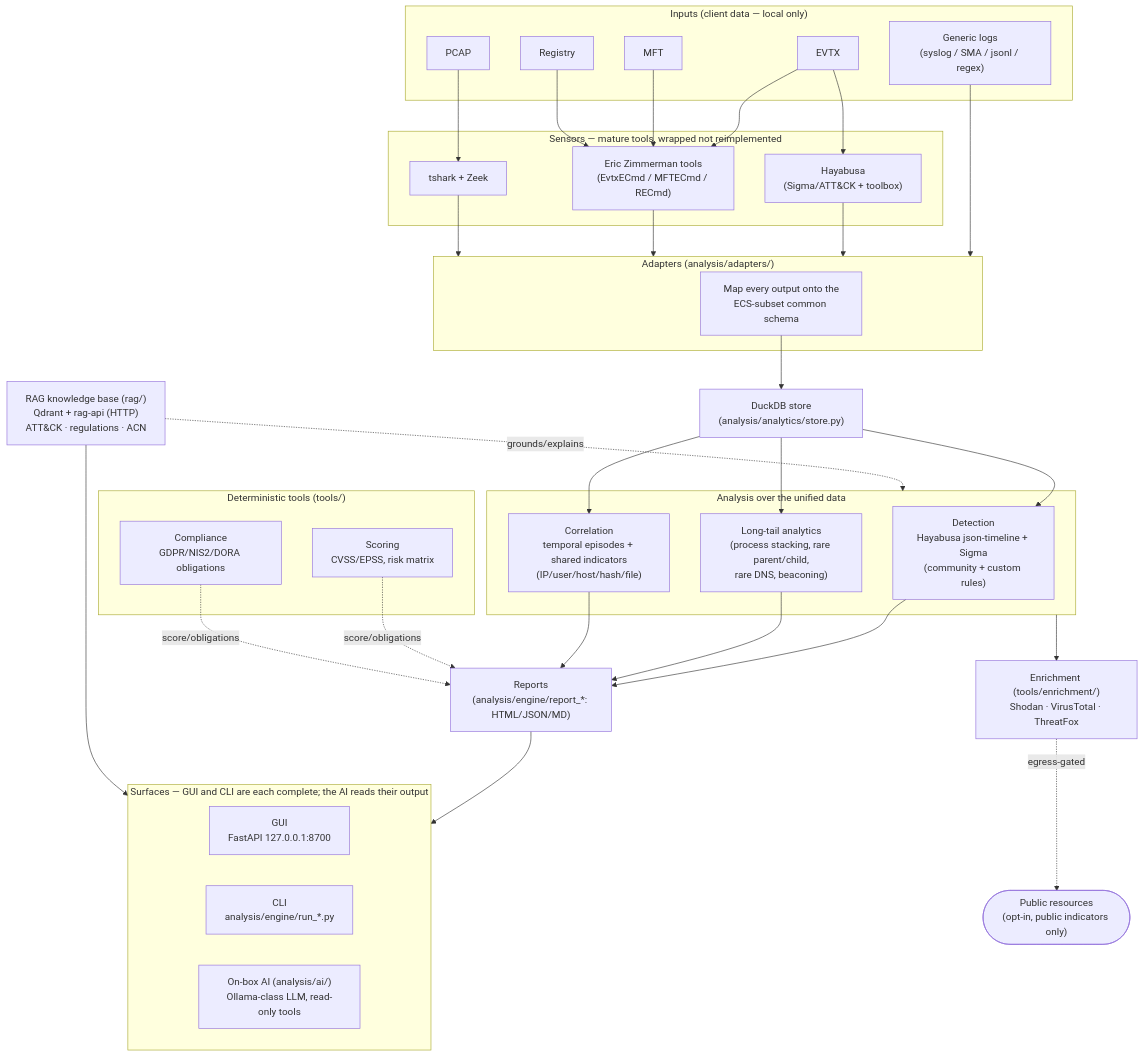
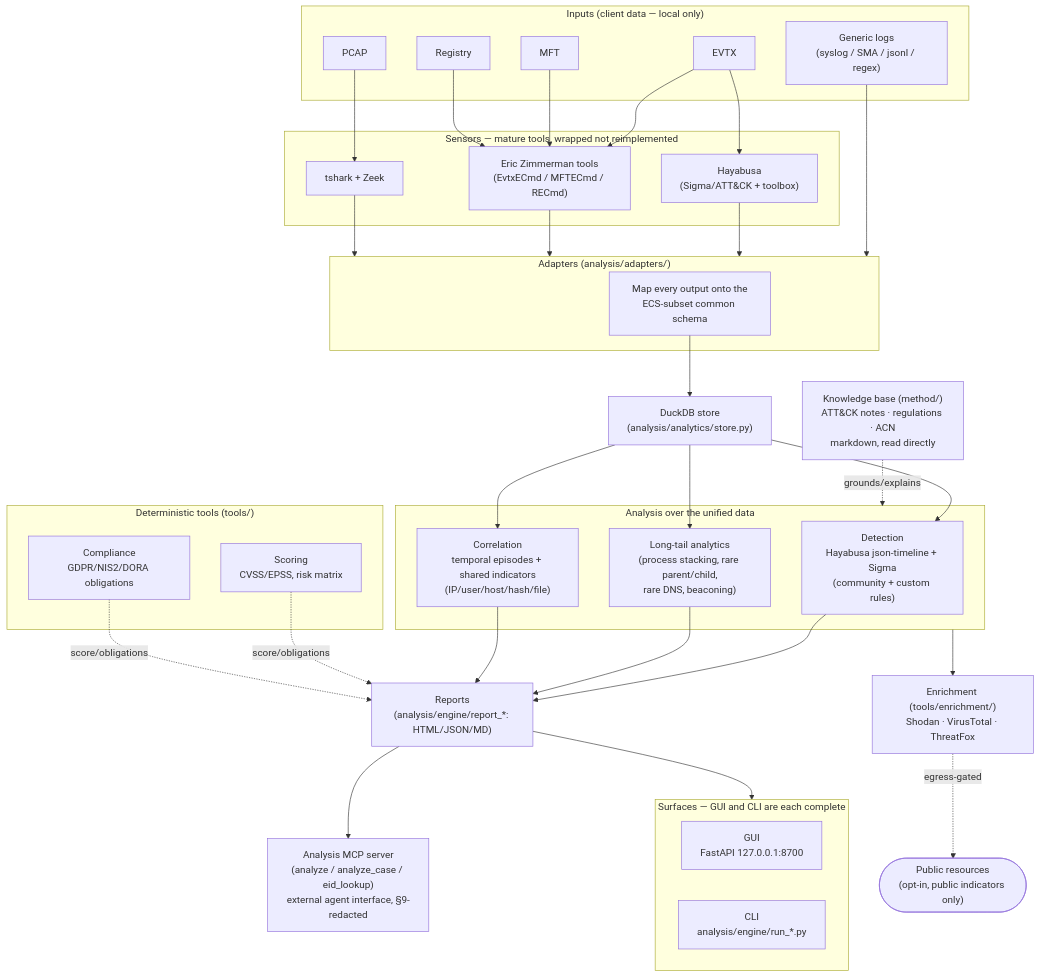
Before and after one commit to Stinocon/EventHound-Blue: the diagram in docs/architecture.md, drawn with Mermaid. The commit also changed other lines of this file and 39 other files, not shown here.

Commit message:
docs: sync the RAG/LLM removal and document the MCP server

````diff
--- a/docs/architecture.md
+++ b/docs/architecture.md
@@ -27,64 +28,65 @@
 ```mermaid
 flowchart TB
     subgraph inputs["Inputs (client data — local only)"]
         evtx["EVTX"]
         pcap["PCAP"]
         logs["Generic logs<br/>(syslog / SMA / jsonl / regex)"]
         mft["MFT"]
         reg["Registry"]
     end
 
     subgraph sensors["Sensors — mature tools, wrapped not reimplemented"]
         hay["Hayabusa<br/>(Sigma/ATT&amp;CK + toolbox)"]
         ez["Eric Zimmerman tools<br/>(EvtxECmd / MFTECmd / RECmd)"]
         net["tshark + Zeek"]
     end
 
     subgraph adapters["Adapters (analysis/adapters/)"]
         adp["Map every output onto the<br/>ECS-subset common schema"]
     end
 
     store["DuckDB store<br/>(analysis/analytics/store.py)"]
 
     subgraph brain["Analysis over the unified data"]
         detect["Detection<br/>Hayabusa json-timeline + Sigma<br/>(community + custom rules)"]
         longtail["Long-tail analytics<br/>(process stacking, rare parent/child,<br/>rare DNS, beaconing)"]
         corr["Correlation<br/>temporal episodes + shared indicators<br/>(IP/user/host/hash/file)"]
     end
 
     subgraph oracle["Deterministic tools (tools/)"]
         score["Scoring<br/>CVSS/EPSS, risk matrix"]
         comp["Compliance<br/>GDPR/NIS2/DORA obligations"]
     end
 
-    rag["RAG knowledge base (rag/)<br/>Qdrant + rag-api (HTTP)<br/>ATT&amp;CK · regulations · ACN"]
+    knowledge["Knowledge base (method/)<br/>ATT&amp;CK notes · regulations · ACN<br/>markdown, read directly"]
 
     reports["Reports<br/>(analysis/engine/report_*: HTML/JSON/MD)"]
 
-    subgraph surfaces["Surfaces — GUI and CLI are each complete; the AI reads their output"]
+    subgraph surfaces["Surfaces — GUI and CLI are each complete"]
         gui["GUI<br/>FastAPI 127.0.0.1:8700"]
         cli["CLI<br/>analysis/engine/run_*.py"]
-        localai["On-box AI (analysis/ai/)<br/>Ollama-class LLM, read-only tools"]
     end
+
+    mcp["Analysis MCP server<br/>(analyze / analyze_case / eid_lookup)<br/>external agent interface, §9-redacted"]
 
     enrich["Enrichment (tools/enrichment/)<br/>Shodan · VirusTotal · ThreatFox"]
     online(["Public resources<br/>(opt-in, public indicators only)"])
 
     evtx --> hay & ez
     pcap --> net
     logs --> adapters
     mft --> ez
     reg --> ez
     hay --> adapters
     ez --> adapters
     net --> adapters
     adp --> store
     store --> detect & longtail & corr
     detect & longtail & corr --> reports
-    rag -. grounds/explains .-> brain
+    knowledge -. grounds/explains .-> brain
     score & comp -. score/obligations .-> reports
     reports --> surfaces
-    rag --> surfaces
+    reports --> mcp
     brain --> enrich
     enrich -. egress-gated .-> online
 ```
````
